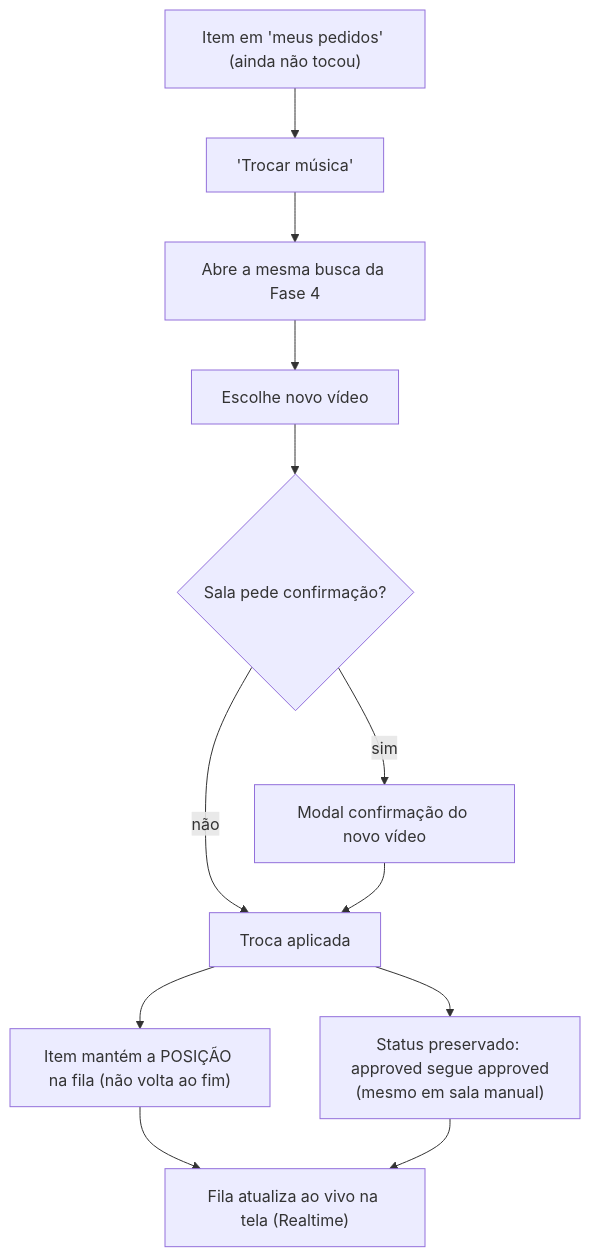
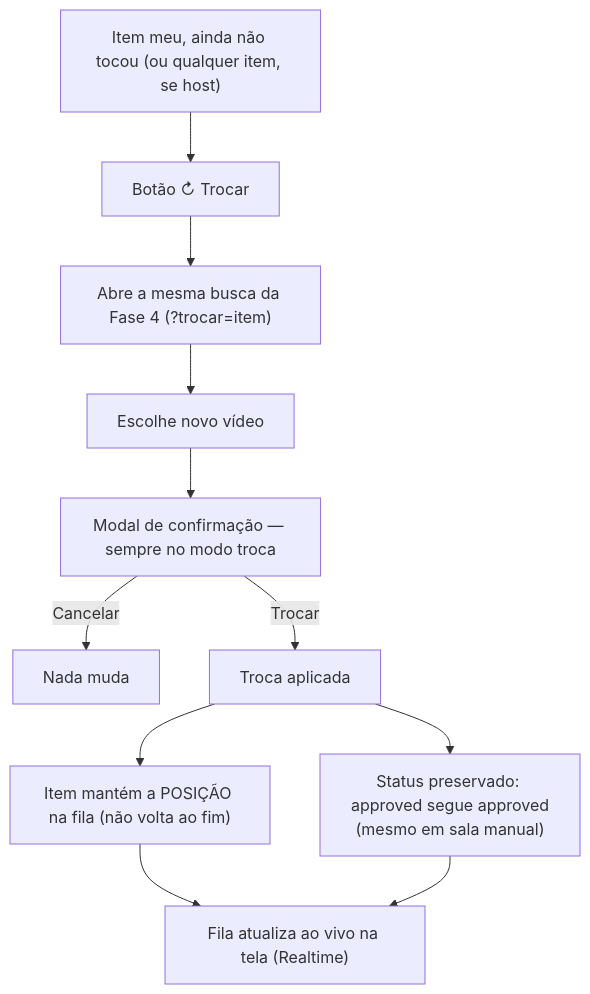
One commit to cavalcanteprofissional/karaoke-flow changed the fourth of 7 diagrams in docs/flows/fluxos-do-usuario.md. Above: the diagram before and after it, drawn with Mermaid. The commit also changed other lines of this file and 19 other files, not shown here.

````diff
--- a/docs/flows/fluxos-do-usuario.md
+++ b/docs/flows/fluxos-do-usuario.md
@@ -111,14 +113,13 @@
 ```mermaid
 flowchart TD
-    A["Item em 'meus pedidos' (ainda não tocou)"] --> B["'Trocar música'"]
-    B --> C["Abre a mesma busca da Fase 4"]
+    A["Item meu, ainda não tocou (ou qualquer item, se host)"] --> B["Botão ↻ Trocar"]
+    B --> C["Abre a mesma busca da Fase 4 (?trocar=item)"]
     C --> D["Escolhe novo vídeo"]
-    D --> E{Sala pede confirmação?}
-    E -->|sim| F["Modal confirmação do novo vídeo"]
-    E -->|não| G["Troca aplicada"]
-    F --> G
+    D --> F["Modal de confirmação — sempre no modo troca"]
+    F -->|Cancelar| F1["Nada muda"]
+    F -->|Trocar| G["Troca aplicada"]
     G --> H["Item mantém a POSIÇÃO na fila (não volta ao fim)"]
     G --> I["Status preservado: approved segue approved<br/>(mesmo em sala manual)"]
     H --> J["Fila atualiza ao vivo na tela (Realtime)"]
     I --> J
 ```
````
